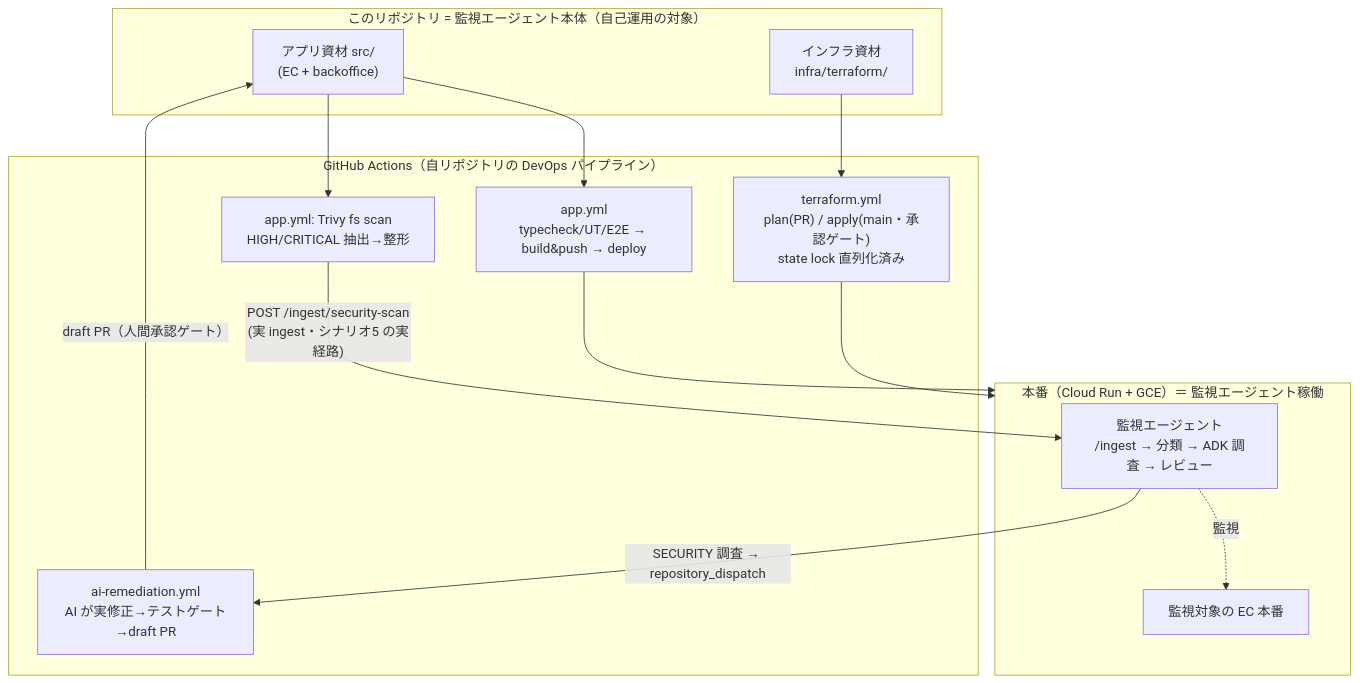
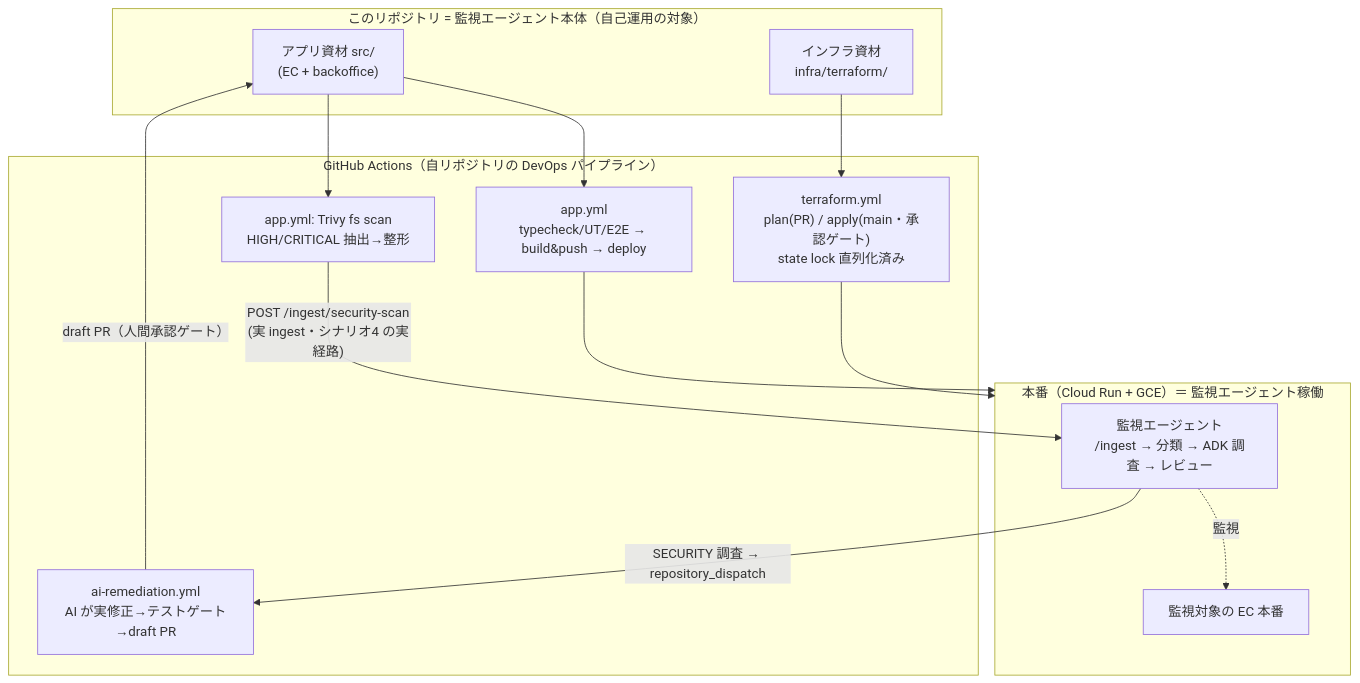
Before and after one commit to nagoyamanaka/ec-monitoring-agent: the fifth of 5 diagrams in docs/architecture.md, drawn with Mermaid. The commit also changed other lines of this file and 12 other files, not shown here.

````diff
--- a/docs/architecture.md
+++ b/docs/architecture.md
@@ -154,26 +154,26 @@
 ```mermaid
 flowchart TB
   subgraph repo["このリポジトリ = 監視エージェント本体（自己運用の対象）"]
     SRC["アプリ資材 src/<br/>(EC + backoffice)"]
     IAC["インフラ資材<br/>infra/terraform/"]
   end
 
   subgraph gha["GitHub Actions（自リポジトリの DevOps パイプライン）"]
     APP["app.yml<br/>typecheck/UT/E2E → build&push → deploy"]
     TF["terraform.yml<br/>plan(PR) / apply(main・承認ゲート)<br/>state lock 直列化済み"]
     TRIVY["app.yml: Trivy fs scan<br/>HIGH/CRITICAL 抽出→整形"]
     REM["ai-remediation.yml<br/>AI が実修正→テストゲート→draft PR"]
   end
 
   subgraph prod["本番（Cloud Run + GCE）＝ 監視エージェント稼働"]
     AGENT["監視エージェント<br/>/ingest → 分類 → ADK 調査 → レビュー"]
     ECPROD["監視対象の EC 本番"]
   end
 
   SRC --> APP --> prod
   IAC --> TF --> prod
-  SRC --> TRIVY -->|"POST /ingest/security-scan<br/>(実 ingest・シナリオ5 の実経路)"| AGENT
+  SRC --> TRIVY -->|"POST /ingest/security-scan<br/>(実 ingest・シナリオ4 の実経路)"| AGENT
   AGENT -->|"SECURITY 調査 → repository_dispatch"| REM
   REM -->|"draft PR（人間承認ゲート）"| SRC
   AGENT -.監視.-> ECPROD
 ```
````
